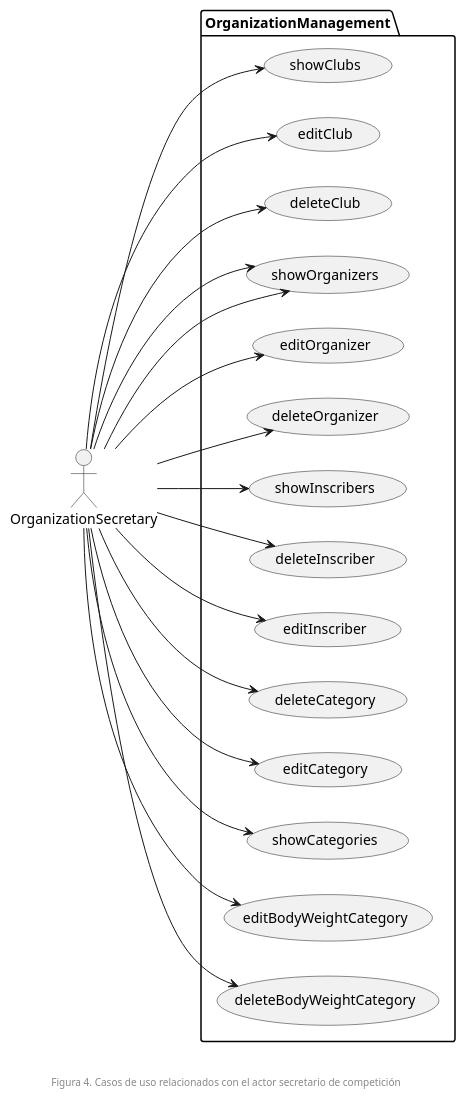
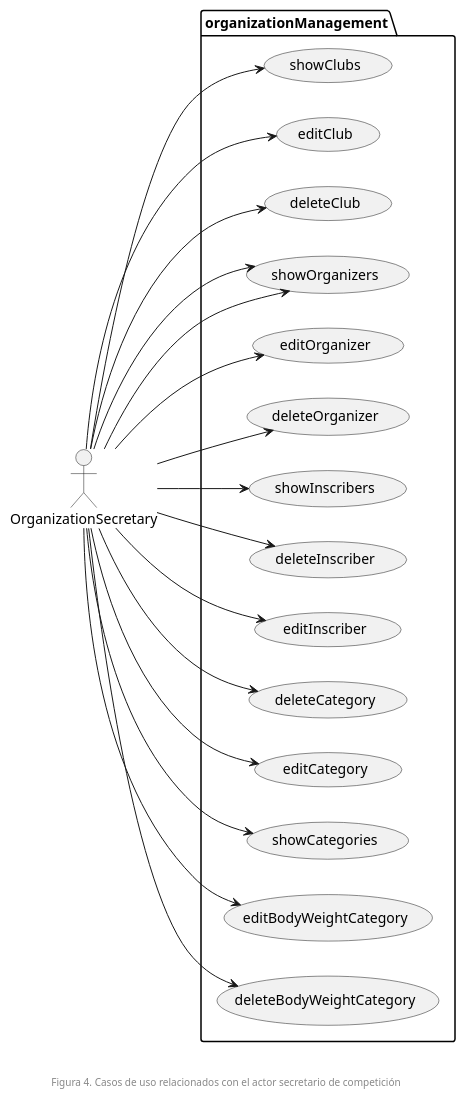
Before and after one commit to zuldare/mastercloud_pfm_halterocms: the diagram in documentation/diagrams/1_requirements/1_usecases/organizationSecretary.puml, drawn with PlantUML. The commit also changed 5 other files, not shown here.

```diff
--- a/documentation/diagrams/1_requirements/1_usecases/organizationSecretary.puml
+++ b/documentation/diagrams/1_requirements/1_usecases/organizationSecretary.puml
@@ -1,42 +1,42 @@
 @startuml
 
 left to right direction
 
-package OrganizationManagement {
+package organizationManagement {
     usecase showClubs
     usecase editClub
     usecase deleteClub
     usecase showOrganizers
     usecase editOrganizer
     usecase deleteOrganizer
     usecase showInscribers
     usecase deleteInscriber
     usecase editInscriber
     usecase deleteCategory
     usecase editCategory
     usecase showCategories
     usecase editBodyWeightCategory
     usecase deleteBodyWeightCategory
 }
 
 OrganizationSecretary --> showClubs
 OrganizationSecretary --> editClub
 OrganizationSecretary --> deleteClub
 OrganizationSecretary --> editBodyWeightCategory
 OrganizationSecretary --> deleteBodyWeightCategory
 
 OrganizationSecretary --> showOrganizers
 OrganizationSecretary --> editOrganizer
 OrganizationSecretary --> deleteOrganizer
 OrganizationSecretary --> showOrganizers
 
 OrganizationSecretary --> deleteInscriber
 OrganizationSecretary --> editInscriber
 OrganizationSecretary --> showInscribers
 
 OrganizationSecretary --> deleteCategory
 OrganizationSecretary --> editCategory
 OrganizationSecretary --> showCategories
 
 footer \n\nFigura 4. Casos de uso relacionados con el actor secretario de competición
 @enduml
```
